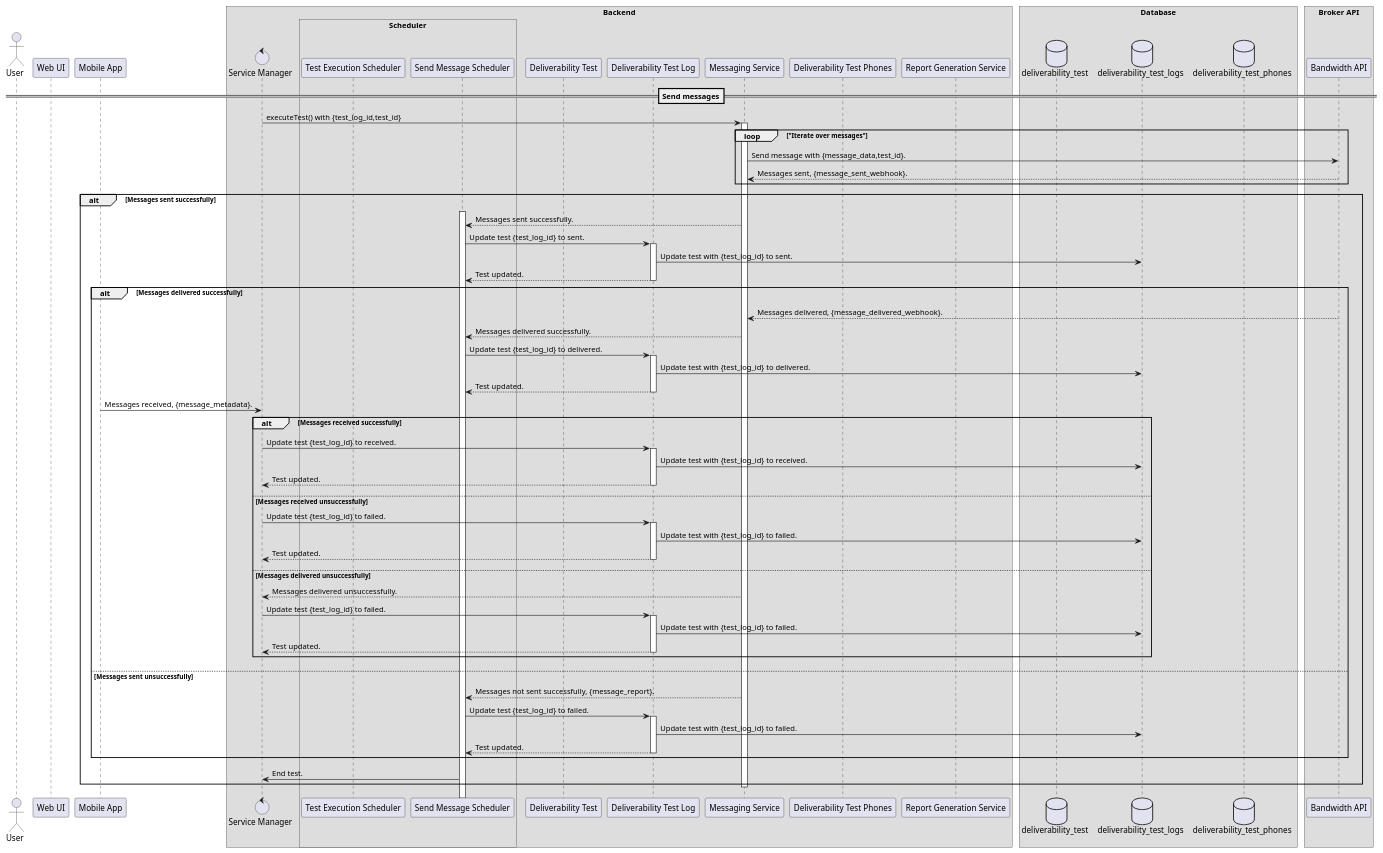
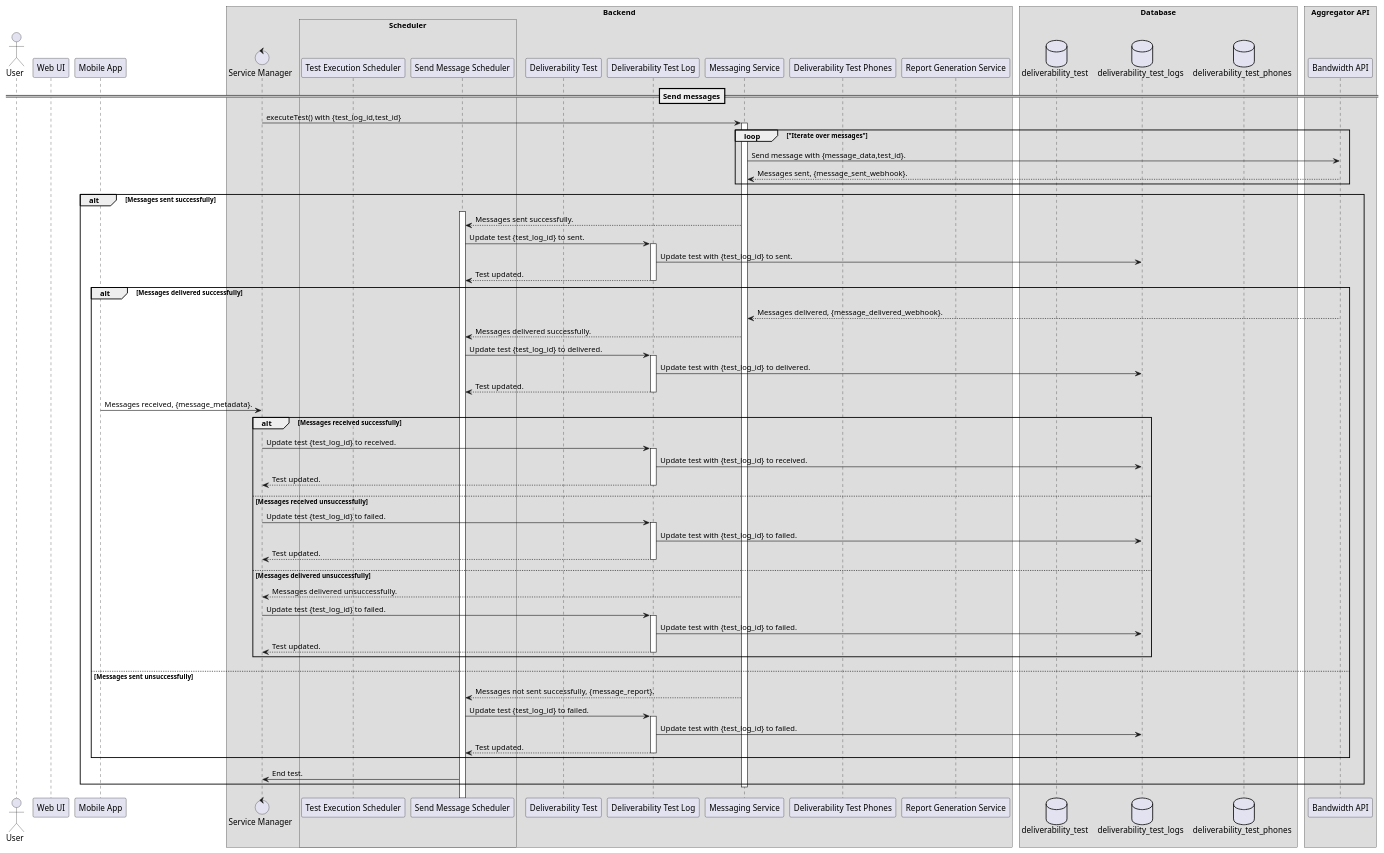
The diagram in source/sequence-diagrams/test-execution-sequence-diagram.puml (Xyz0074/testing-diagrams), drawn with PlantUML before and after one commit.

```diff
--- a/source/sequence-diagrams/test-execution-sequence-diagram.puml
+++ b/source/sequence-diagrams/test-execution-sequence-diagram.puml
@@ -1,91 +1,91 @@
 @startuml
 !pragma teoz true
 
 /'Defines the protocol when a test is executed. For later references, this diagram represents the algorithm for the'/
 /'subroutine labelled as executeTest() in the service manager.'/
 /'author: Luvai Cutlerywala <luvaidc@gmail.com>'/
 
 /'Define the actors and participants.'/
 actor User as user
 
 
     participant "Web UI" as web_ui
     participant "Mobile App" as mobile_app
 
 box Backend
     control "Service Manager" as service_manager
     box Scheduler
         participant "Test Execution Scheduler" as hourly
         participant "Send Message Scheduler" as min
     end box
     participant "Deliverability Test" as deliverability_test
     participant "Deliverability Test Log" as deliverability_test_log
     participant "Messaging Service" as messenger
     participant "Deliverability Test Phones" as deliverability_test_phones
     participant "Report Generation Service" as report_generator
 end box
 
 box Database
     database deliverability_test as dt
     database deliverability_test_logs as dtl
     database deliverability_test_phones as dtp
 end box
 
-box "Broker API"
+box "Aggregator API"
     participant "Bandwidth API" as broker_api
 end box
 == Send messages==
 service_manager -> messenger: executeTest() with {test_log_id,test_id}
 activate messenger
 loop "Iterate over messages"
     messenger -> broker_api: Send message with {message_data,test_id}.
     broker_api --> messenger: Messages sent, {message_sent_webhook}.
 end
 alt Messages sent successfully
 activate min
     messenger --> min: Messages sent successfully.
     min -> deliverability_test_log: Update test {test_log_id} to sent.
     activate deliverability_test_log
     deliverability_test_log -> dtl: Update test with {test_log_id} to sent.
     deliverability_test_log --> min: Test updated.
     deactivate deliverability_test_log
     alt Messages delivered successfully
         broker_api --> messenger: Messages delivered, {message_delivered_webhook}.
         messenger --> min: Messages delivered successfully.
         min -> deliverability_test_log: Update test {test_log_id} to delivered.
         activate deliverability_test_log
         deliverability_test_log -> dtl: Update test with {test_log_id} to delivered.
         deliverability_test_log --> min: Test updated.
         deactivate deliverability_test_log
         mobile_app -> service_manager: Messages received, {message_metadata}.
         alt Messages received successfully
             service_manager -> deliverability_test_log: Update test {test_log_id} to received.
             activate deliverability_test_log
             deliverability_test_log -> dtl: Update test with {test_log_id} to received.
             deliverability_test_log --> service_manager: Test updated.
             deactivate deliverability_test_log
         else Messages received unsuccessfully
             service_manager -> deliverability_test_log: Update test {test_log_id} to failed.
             activate deliverability_test_log
             deliverability_test_log -> dtl: Update test with {test_log_id} to failed.
             deliverability_test_log --> service_manager: Test updated.
             deactivate deliverability_test_log
     else Messages delivered unsuccessfully
         messenger --> service_manager: Messages delivered unsuccessfully.
         service_manager -> deliverability_test_log: Update test {test_log_id} to failed.
         activate deliverability_test_log
         deliverability_test_log -> dtl: Update test with {test_log_id} to failed.
         deliverability_test_log --> service_manager: Test updated.
         deactivate deliverability_test_log
     end
 else Messages sent unsuccessfully
     messenger --> min: Messages not sent successfully, {message_report}.
     min -> deliverability_test_log: Update test {test_log_id} to failed.
     activate deliverability_test_log
     deliverability_test_log -> dtl: Update test with {test_log_id} to failed.
     deliverability_test_log --> min: Test updated.
     deactivate deliverability_test_log
 end
 min -> service_manager: End test.
 deactivate messenger
 @enduml
```
